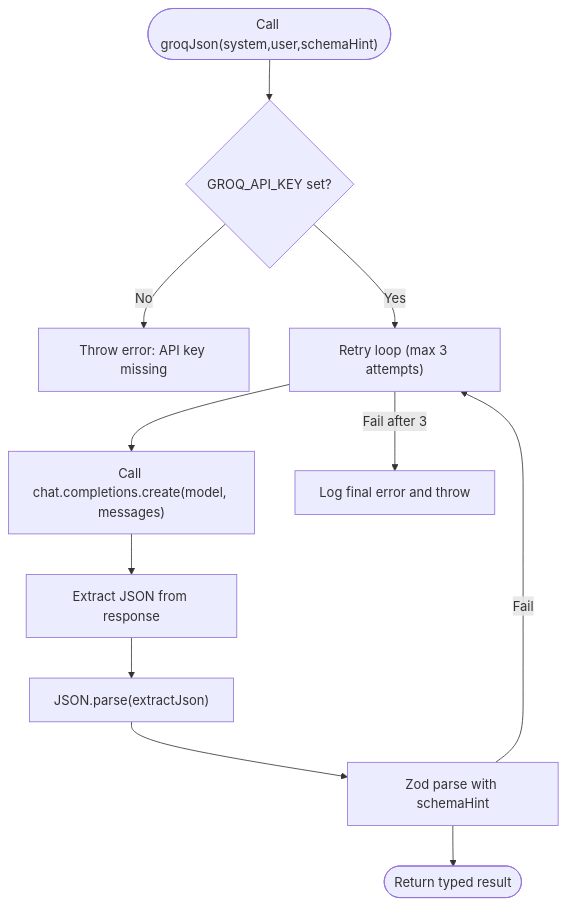
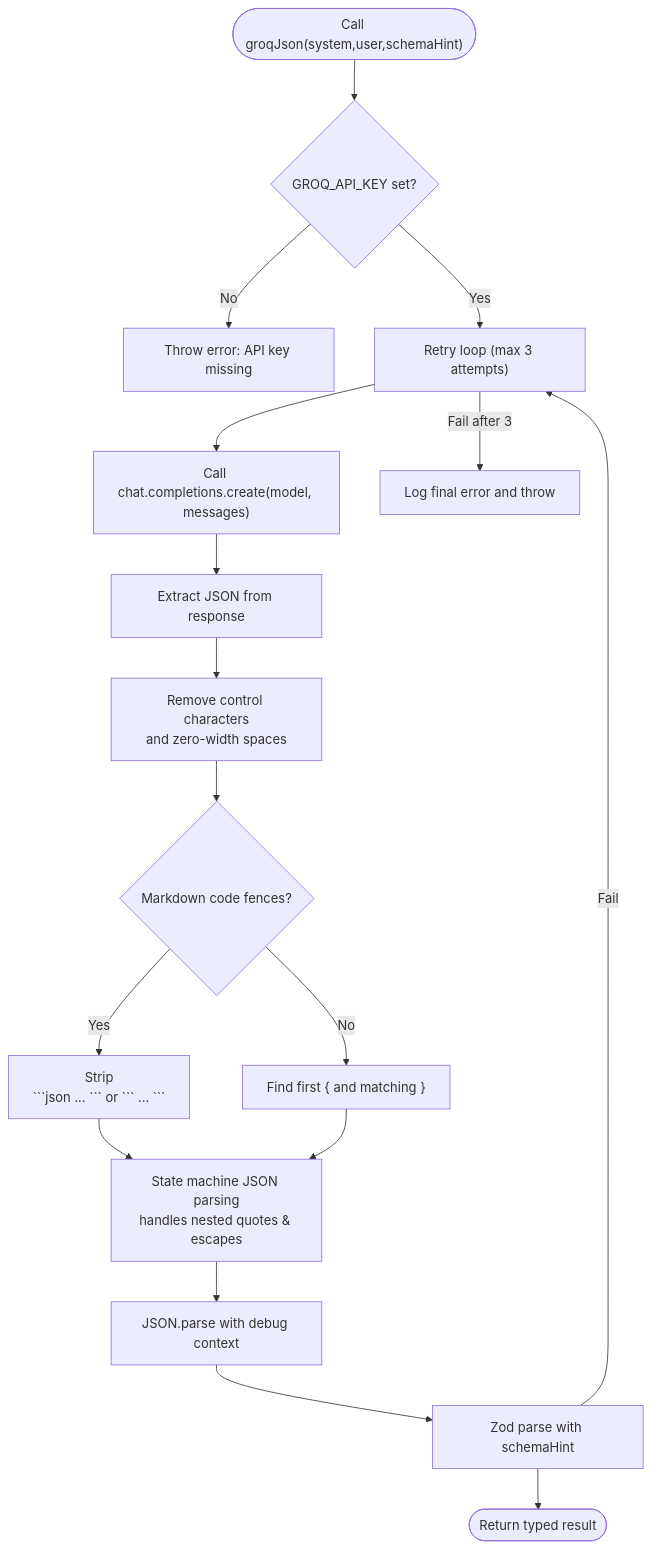
Before and after one commit to aravinthraj-ramalingam/Groww-App-Review-Insights-Analyzer-: the third of 13 diagrams in .qoder/repowiki/en/content/Phase 2_ Advanced Analytics & Automation/Phase 2_ Advanced Analytics & Automation.md, drawn with Mermaid. The commit also changed other lines of this file and 5 other files, not shown here.

````diff
--- a/.qoder/repowiki/en/content/Phase 2_ Advanced Analytics & Automation/Phase 2_ Advanced Analytics & Automation.md
+++ b/.qoder/repowiki/en/content/Phase 2_ Advanced Analytics & Automation/Phase 2_ Advanced Analytics & Automation.md
@@ -193,13 +228,20 @@
 ```mermaid
 flowchart TD
 Start(["Call groqJson(system,user,schemaHint)"]) --> CheckKey{"GROQ_API_KEY set?"}
 CheckKey --> |No| ThrowErr["Throw error: API key missing"]
 CheckKey --> |Yes| RetryLoop["Retry loop (max 3 attempts)"]
 RetryLoop --> CallLLM["Call chat.completions.create(model, messages)"]
 CallLLM --> Extract["Extract JSON from response"]
-Extract --> Parse["JSON.parse(extractJson)"]
+Extract --> Clean["Remove control characters<br/>and zero-width spaces"]
+Clean --> Fence{"Markdown code fences?"}
+Fence --> |Yes| StripFence["Strip
+```json ... ``` or ``` ... ```"]
+Fence --> |No| FindBraces["Find first { and matching }"]
+StripFence --> StateMachine["State machine JSON parsing<br/>handles nested quotes & escapes"]
+FindBraces --> StateMachine
+StateMachine --> Parse["JSON.parse with debug context"]
 Parse --> Validate["Zod parse with schemaHint"]
 Validate --> Done(["Return typed result"])
 Validate --> |Fail| RetryLoop
 RetryLoop --> |Fail after 3| FinalErr["Log final error and throw"]
 ```
````
